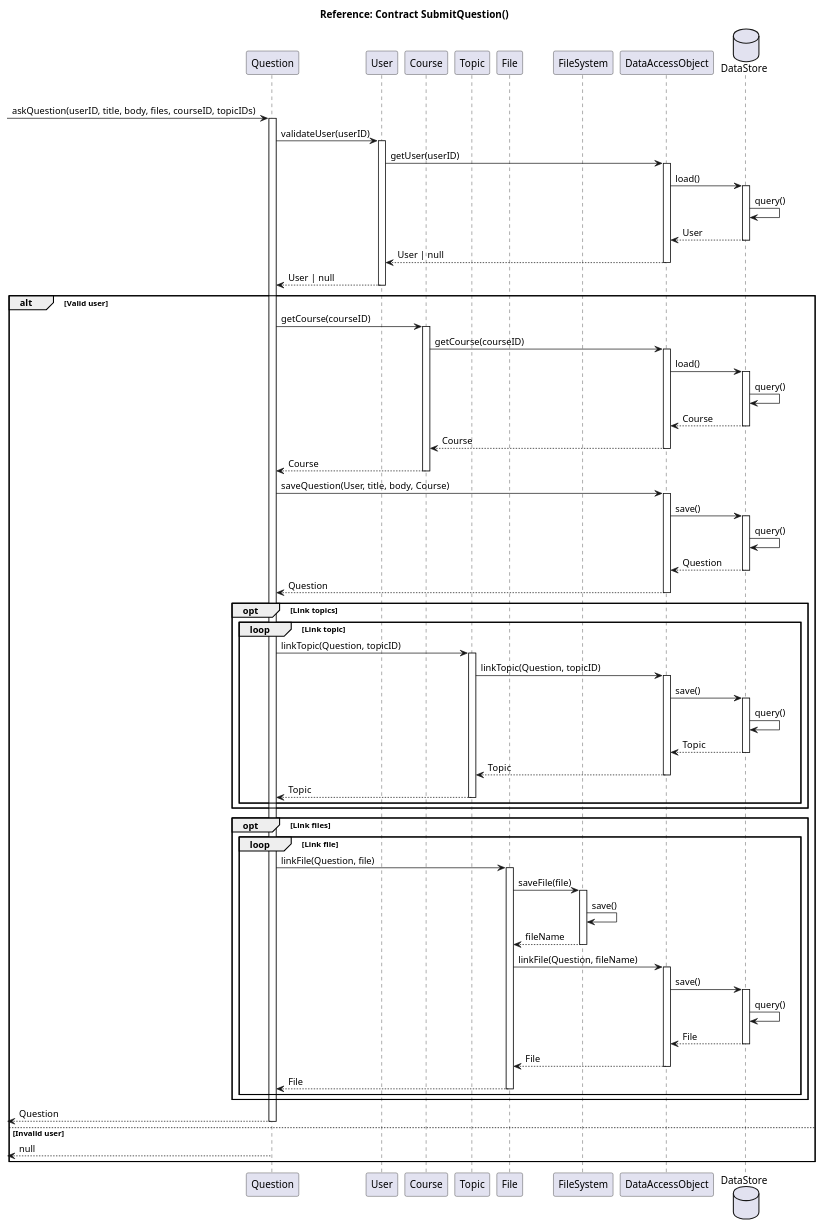
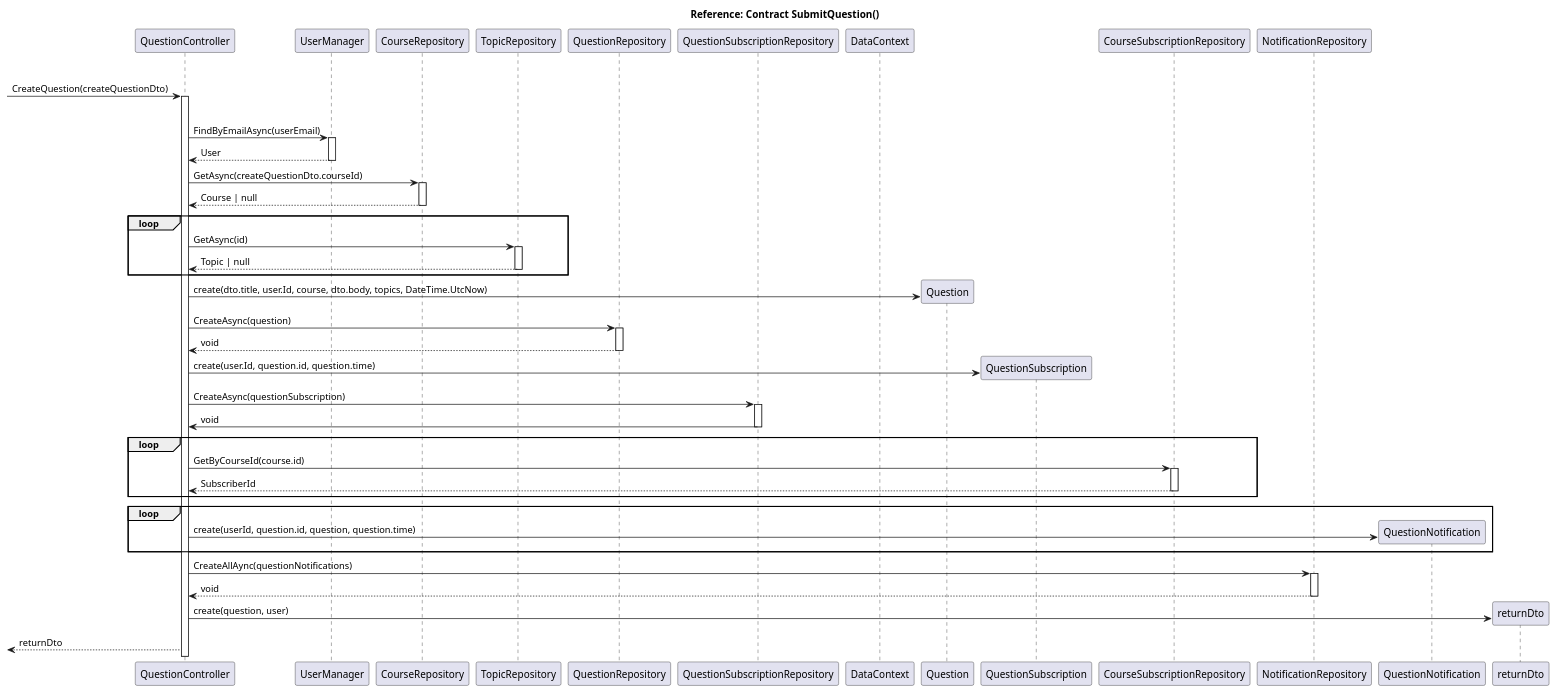
Before and after one commit to Singh-Kiran-P/StuNet: the diagram in Diagrams/Sequence_Diagrams/ask_question.puml, drawn with PlantUML.

```diff
--- a/Diagrams/Sequence_Diagrams/ask_question.puml
+++ b/Diagrams/Sequence_Diagrams/ask_question.puml
@@ -1,98 +1,72 @@
 @startuml Ask Question
-participant Question
-participant User
-participant Course
-participant Topic
-participant File
-participant FileSystem
-participant DataAccessObject
-database DataStore
+participant QuestionController
+participant UserManager
+participant CourseRepository
+participant TopicRepository
+participant QuestionRepository
+participant QuestionSubscriptionRepository
 
-DataAccessObject-[hidden]->DataAccessObject
+
+DataContext-[hidden]->DataContext
 
 title Reference: Contract SubmitQuestion()
 
--> Question: askQuestion(userID, title, body, files, courseID, topicIDs)
-activate Question
-Question -> User: validateUser(userID)
-activate User
-User -> DataAccessObject: getUser(userID)
-activate DataAccessObject
-DataAccessObject -> DataStore: load()
-activate DataStore
-DataStore -> DataStore: query()
-DataStore --> DataAccessObject: User
-deactivate DataStore
-User <-- DataAccessObject: User | null
-deactivate DataAccessObject
-Question <-- User: User | null
-deactivate User
+-> QuestionController: CreateQuestion(createQuestionDto)
+activate QuestionController
 alt Valid user
-	Question -> Course: getCourse(courseID)
-	activate Course
-	Course -> DataAccessObject: getCourse(courseID)
-	activate DataAccessObject
-	DataAccessObject -> DataStore: load()
-	activate DataStore
-	DataStore -> DataStore: query()
-	DataStore --> DataAccessObject: Course
-	deactivate DataStore
-	DataAccessObject --> Course: Course
-	deactivate DataAccessObject
-	Course --> Question: Course
-	deactivate Course
-	Question -> DataAccessObject: saveQuestion(User, title, body, Course)
-	activate DataAccessObject
-	DataAccessObject -> DataStore: save()
-	activate DataStore
-	DataStore -> DataStore: query()
-	DataStore --> DataAccessObject: Question
-	deactivate DataStore
-	DataAccessObject --> Question: Question
-	deactivate DataAccessObject
-	opt Link topics
-		loop Link topic
-			Question -> Topic: linkTopic(Question, topicID)
-			activate Topic
-			Topic -> DataAccessObject: linkTopic(Question, topicID)
-			activate DataAccessObject
-			DataAccessObject -> DataStore: save()
-			activate DataStore
-			DataStore -> DataStore: query()
-			DataStore --> DataAccessObject: Topic
-			deactivate DataStore
-			DataAccessObject --> Topic: Topic
-			deactivate DataAccessObject
-			Topic --> Question: Topic
-			deactivate Topic
-		end
+	QuestionController -> UserManager: FindByEmailAsync(userEmail)
+	activate UserManager
+	QuestionController <-- UserManager: User
+	' TO-ASK: User|null of gewoon User?
+	deactivate UserManager
+
+	QuestionController -> CourseRepository: GetAsync(createQuestionDto.courseId)
+	activate CourseRepository
+	CourseRepository --> QuestionController: Course | null
+	deactivate CourseRepository
+	
+	loop
+		QuestionController -> TopicRepository: GetAsync(id)
+		activate TopicRepository
+		TopicRepository --> QuestionController: Topic | null
+		deactivate TopicRepository
 	end
-	opt Link files
-		loop Link file
-			Question -> File: linkFile(Question, file)
-			activate File
-			File -> FileSystem: saveFile(file)
-			activate FileSystem
-			FileSystem -> FileSystem: save()
-			File <-- FileSystem: fileName
-			deactivate FileSystem
-			File -> DataAccessObject: linkFile(Question, fileName)
-			activate DataAccessObject
-			DataAccessObject -> DataStore: save()
-			activate DataStore
-			DataStore -> DataStore: query()
-			DataStore --> DataAccessObject: File
-			deactivate DataStore
-			DataAccessObject --> File: File
-			deactivate DataAccessObject
-			File --> Question: File
-			deactivate File
-		end
+
+	QuestionController -> Question **:create(dto.title, user.Id, course, dto.body, topics, DateTime.UtcNow)
+	'Question -> QuestionController: question
+
+	QuestionController -> QuestionRepository: CreateAsync(question)
+	activate QuestionRepository
+	QuestionRepository --> QuestionController: void
+	deactivate QuestionRepository
+
+	QuestionController -> QuestionSubscription **:create(user.Id, question.id, question.time)
+	'Question -> QuestionController: question
+	QuestionController -> QuestionSubscriptionRepository: CreateAsync(questionSubscription)
+	activate QuestionSubscriptionRepository
+	QuestionSubscriptionRepository -> QuestionController: void
+	deactivate QuestionSubscriptionRepository
+
+	loop
+		QuestionController -> CourseSubscriptionRepository: GetByCourseId(course.id)
+		activate CourseSubscriptionRepository
+		CourseSubscriptionRepository --> QuestionController: SubscriberId
+		deactivate CourseSubscriptionRepository
 	end
-	<-- Question: Question
-	deactivate Question
-else Invalid user
-	<-- Question: null
-end
 
+participant CourseSubscriptionRepository
+
+
+participant NotificationRepository
+	loop 
+		QuestionController -> QuestionNotification**: create(userId, question.id, question, question.time)
+	end
+
+	QuestionController -> NotificationRepository: CreateAllAync(questionNotifications)
+	activate NotificationRepository
+	NotificationRepository --> QuestionController: void
+	deactivate NotificationRepository
+
+	QuestionController -> returnDto**: create(question, user)
+	<-- QuestionController: returnDto
 @enduml
```
